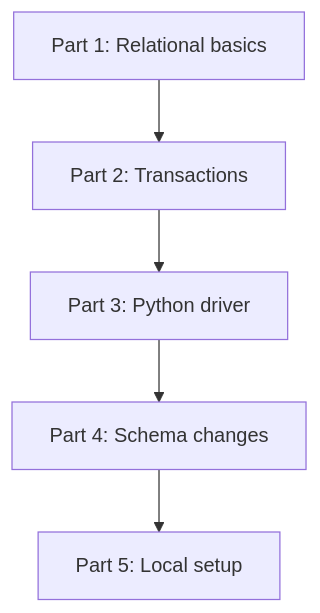
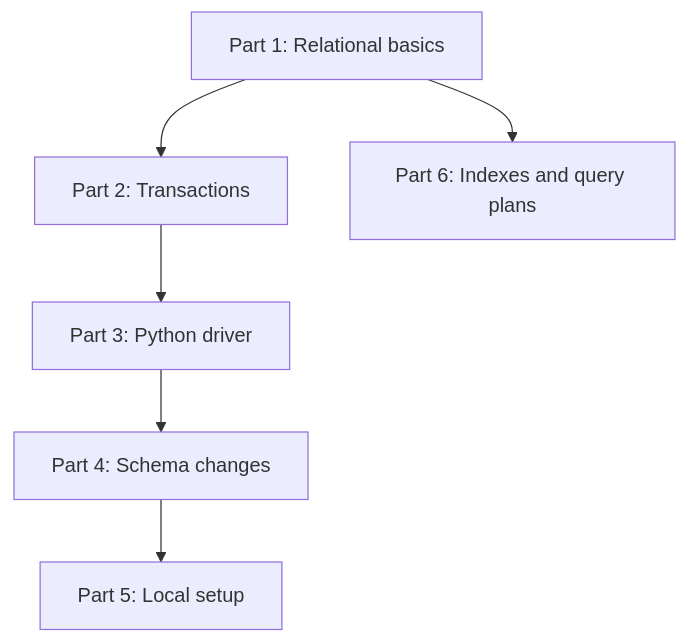
Before and after one commit to Arshnoor-Singh-Sohi/Project-Portfolio: the diagram in src/content/notes/databases/postgres/course-plan.md, drawn with Mermaid. The commit also changed other lines of this file and 198 other files, not shown here.

````diff
--- a/src/content/notes/databases/postgres/course-plan.md
+++ b/src/content/notes/databases/postgres/course-plan.md
@@ -9,12 +9,14 @@
 ```mermaid
 flowchart TD
     P1[Part 1: Relational basics]
     P2[Part 2: Transactions]
     P3[Part 3: Python driver]
     P4[Part 4: Schema changes]
     P5[Part 5: Local setup]
+    P6[Part 6: Indexes and query plans]
     P1 --> P2
     P2 --> P3
     P3 --> P4
     P4 --> P5
+    P1 --> P6
 ```
````
